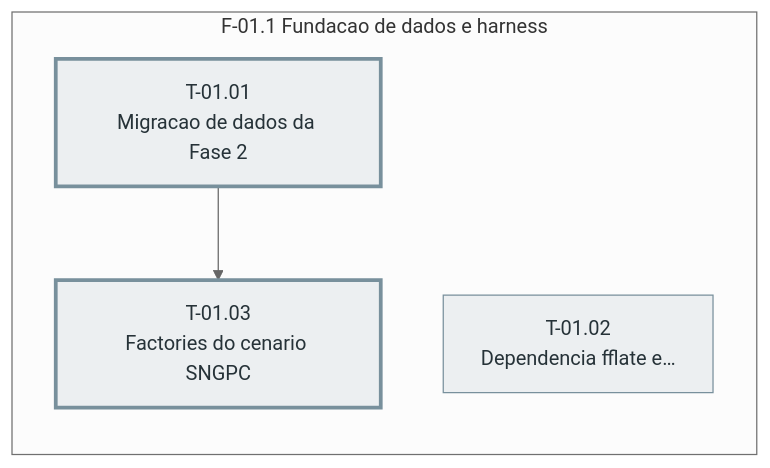
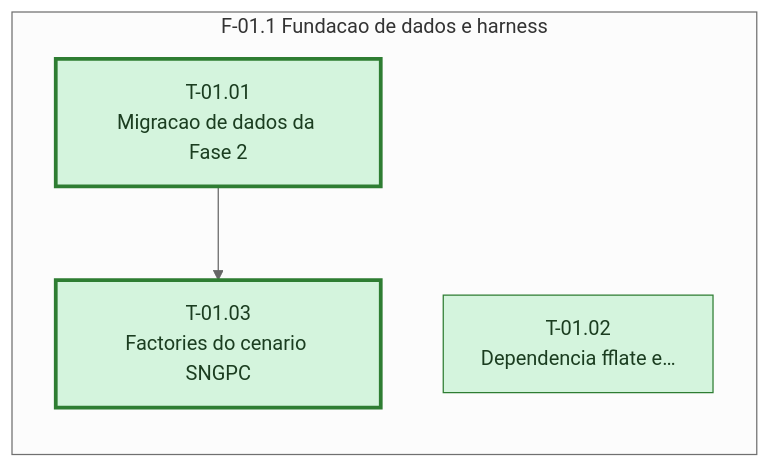
One commit to jonathasGodinho/jgsistemas-PDV changed the diagram in docs/sprintx/features/farmacia-controlados/sprint-01/tasks.md. Above: the diagram before and after it, drawn with Mermaid (neutral theme). The commit also changed other lines of this file and 10 other files, not shown here.

First line of the commit message:
feat(farmacia-controlados): sprint 01 - schema da Fase 2, fflate e harness SNGPC

````diff
--- a/docs/sprintx/features/farmacia-controlados/sprint-01/tasks.md
+++ b/docs/sprintx/features/farmacia-controlados/sprint-01/tasks.md
@@ -103,19 +103,19 @@
 ```mermaid
 %% Grafo de tasks — sprint-01 — gerado pela sprintx a partir deste arquivo
 flowchart LR
   subgraph fase_01_1["F-01.1 Fundacao de dados e harness"]
     T_01_01["T-01.01<br/>Migracao de dados da Fase 2"]
     T_01_02["T-01.02<br/>Dependencia fflate e…"]
     T_01_03["T-01.03<br/>Factories do cenario SNGPC"]
   end
   T_01_01 --> T_01_03
   classDef concluida fill:#d4f4dd,stroke:#2e7d32,color:#1b3d20
   classDef andamento fill:#fff3cd,stroke:#b8860b,color:#4a3800
   classDef bloqueada fill:#f8d7da,stroke:#c62828,color:#4a1d1f
   classDef pendente  fill:#eceff1,stroke:#78909c,color:#263238
   classDef critico   stroke-width:3px
-  class T_01_01 pendente
-  class T_01_02 pendente
-  class T_01_03 pendente
+  class T_01_01 concluida
+  class T_01_02 concluida
+  class T_01_03 concluida
   class T_01_01,T_01_03 critico
 ```
````
